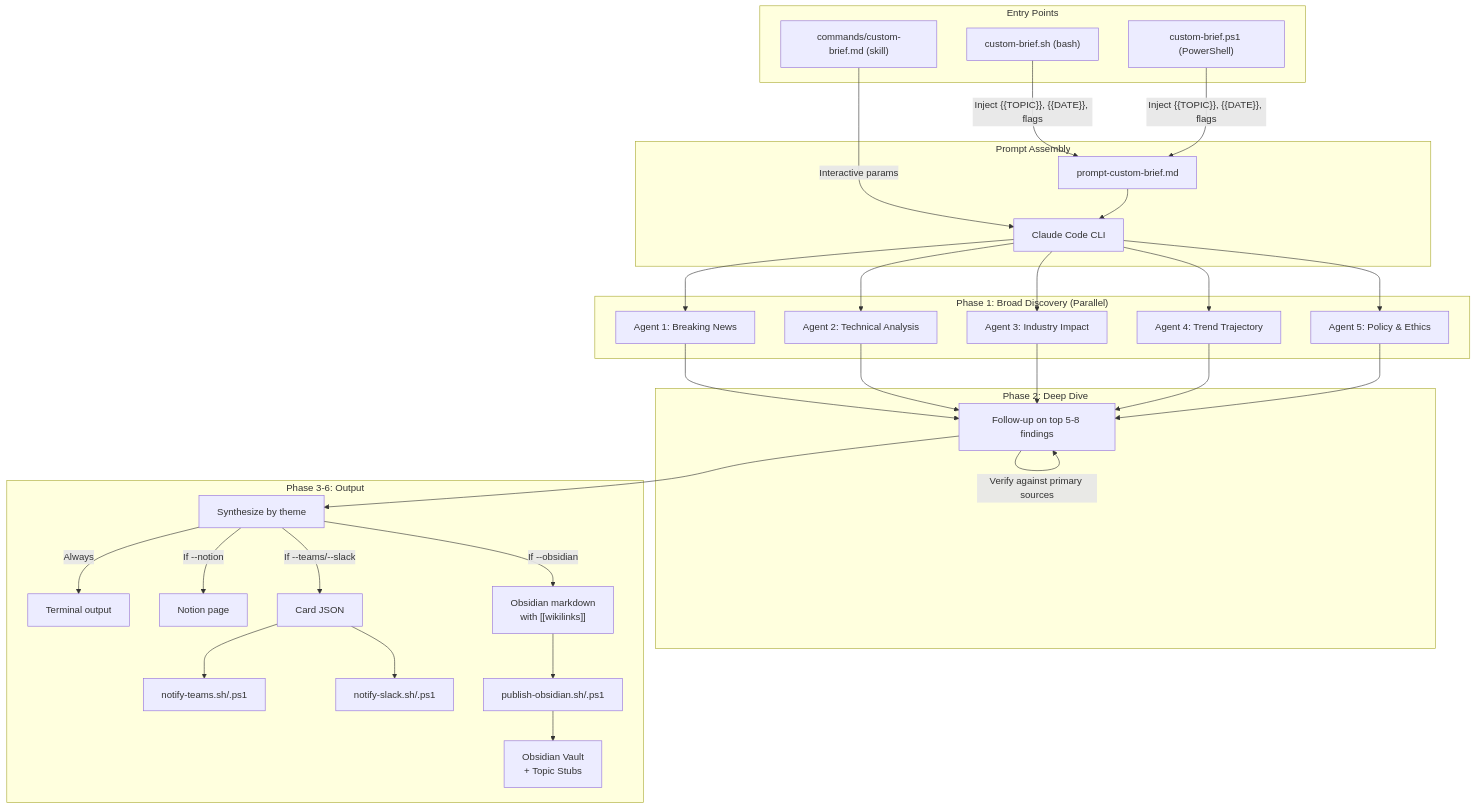
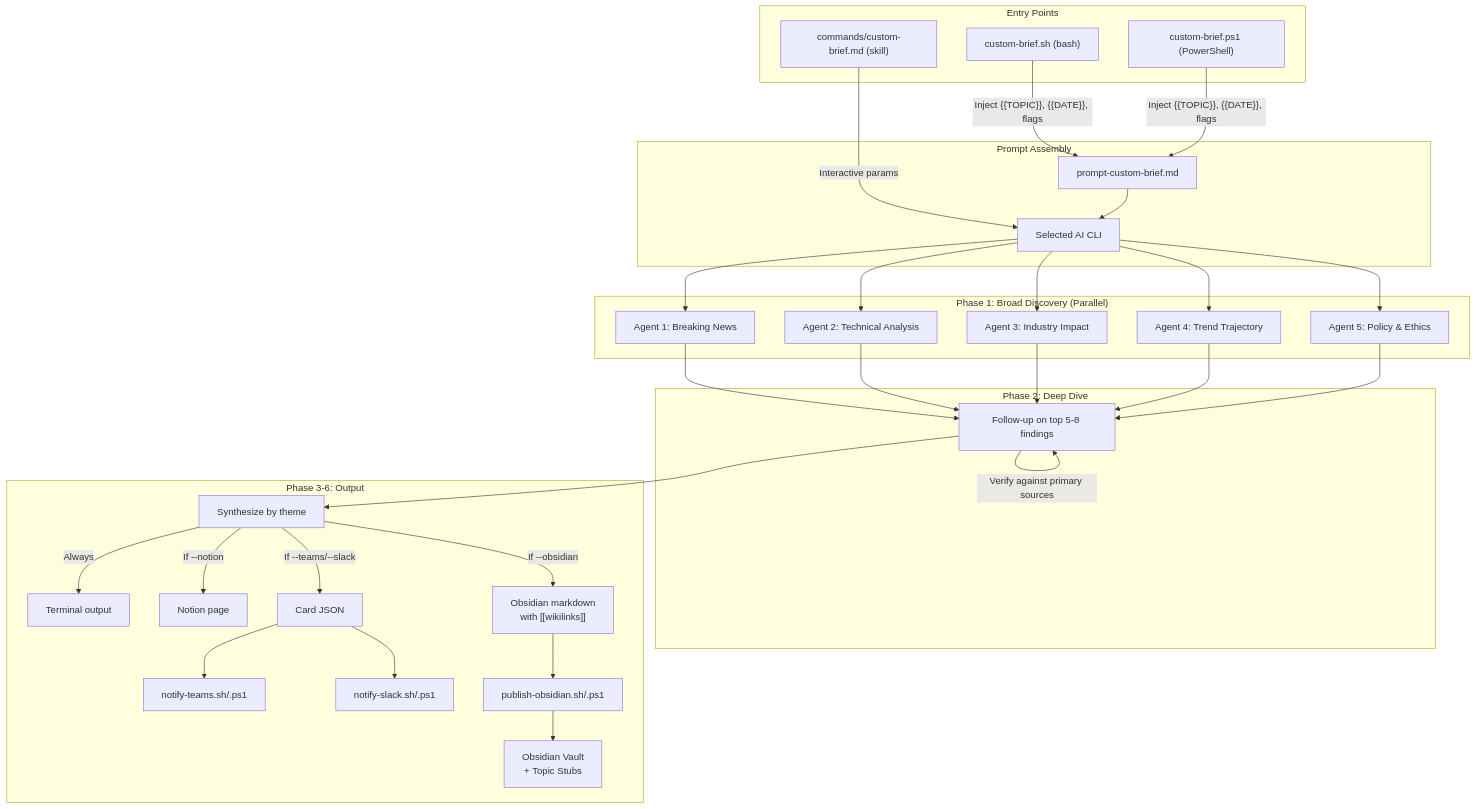
One commit to apelleg/freight-intel-brief changed the tenth of 20 diagrams in ARCHITECTURE.md. Above: the diagram before and after it, drawn with Mermaid. The commit also changed other lines of this file and 2 other files, not shown here.

First line of the commit message:
docs: align architecture and flow with engine logic

````diff
--- a/ARCHITECTURE.md
+++ b/ARCHITECTURE.md
@@ -560,44 +560,44 @@
 ```mermaid
 flowchart TD
     subgraph "Entry Points"
         SH["custom-brief.sh (bash)"]
         PS["custom-brief.ps1 (PowerShell)"]
         SK["commands/custom-brief.md (skill)"]
     end
 
     subgraph "Prompt Assembly"
         SH -->|"Inject {{TOPIC}}, {{DATE}}, flags"| PT[prompt-custom-brief.md]
         PS -->|"Inject {{TOPIC}}, {{DATE}}, flags"| PT
         SK -->|Interactive params| CC
-        PT --> CC[Claude Code CLI]
+        PT --> CC[Selected AI CLI]
     end
 
     subgraph "Phase 1: Broad Discovery (Parallel)"
         CC --> A1["Agent 1: Breaking News"]
         CC --> A2["Agent 2: Technical Analysis"]
         CC --> A3["Agent 3: Industry Impact"]
         CC --> A4["Agent 4: Trend Trajectory"]
         CC --> A5["Agent 5: Policy & Ethics"]
     end
 
     subgraph "Phase 2: Deep Dive"
         A1 --> DD[Follow-up on top 5-8 findings]
         A2 --> DD
         A3 --> DD
         A4 --> DD
         A5 --> DD
         DD -->|Verify against primary sources| DD
     end
 
     subgraph "Phase 3-6: Output"
         DD --> SYNTH[Synthesize by theme]
         SYNTH -->|Always| STDOUT[Terminal output]
         SYNTH -->|If --notion| NOTION[Notion page]
         SYNTH -->|If --teams/--slack| CARD[Card JSON]
         SYNTH -->|If --obsidian| OBS["Obsidian markdown<br/>with [[wikilinks]]"]
         CARD --> NT["notify-teams.sh/.ps1"]
         CARD --> NS["notify-slack.sh/.ps1"]
         OBS --> OP["publish-obsidian.sh/.ps1"]
         OP --> VAULT["Obsidian Vault<br/>+ Topic Stubs"]
     end
 ```
````
